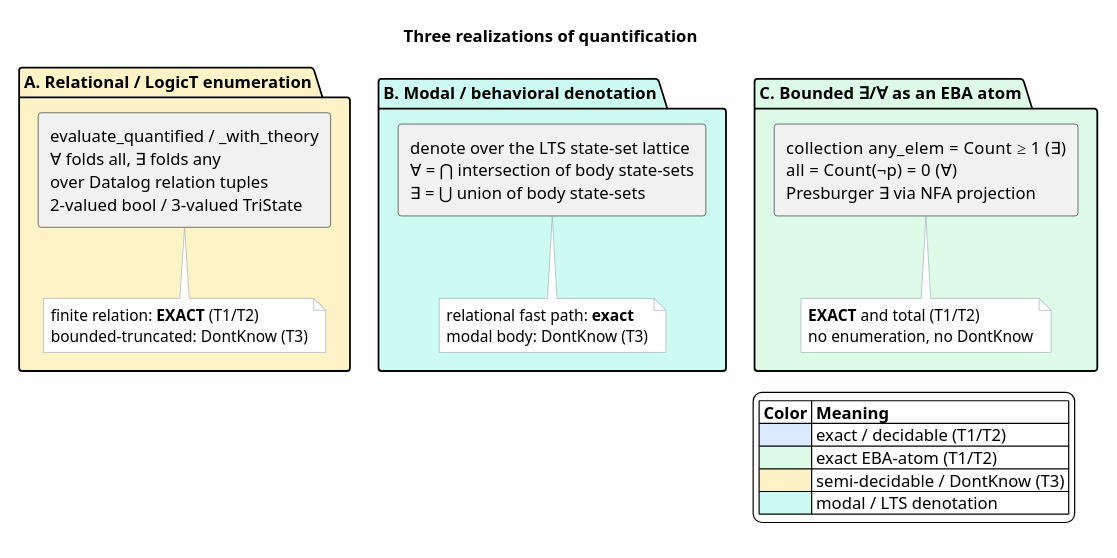
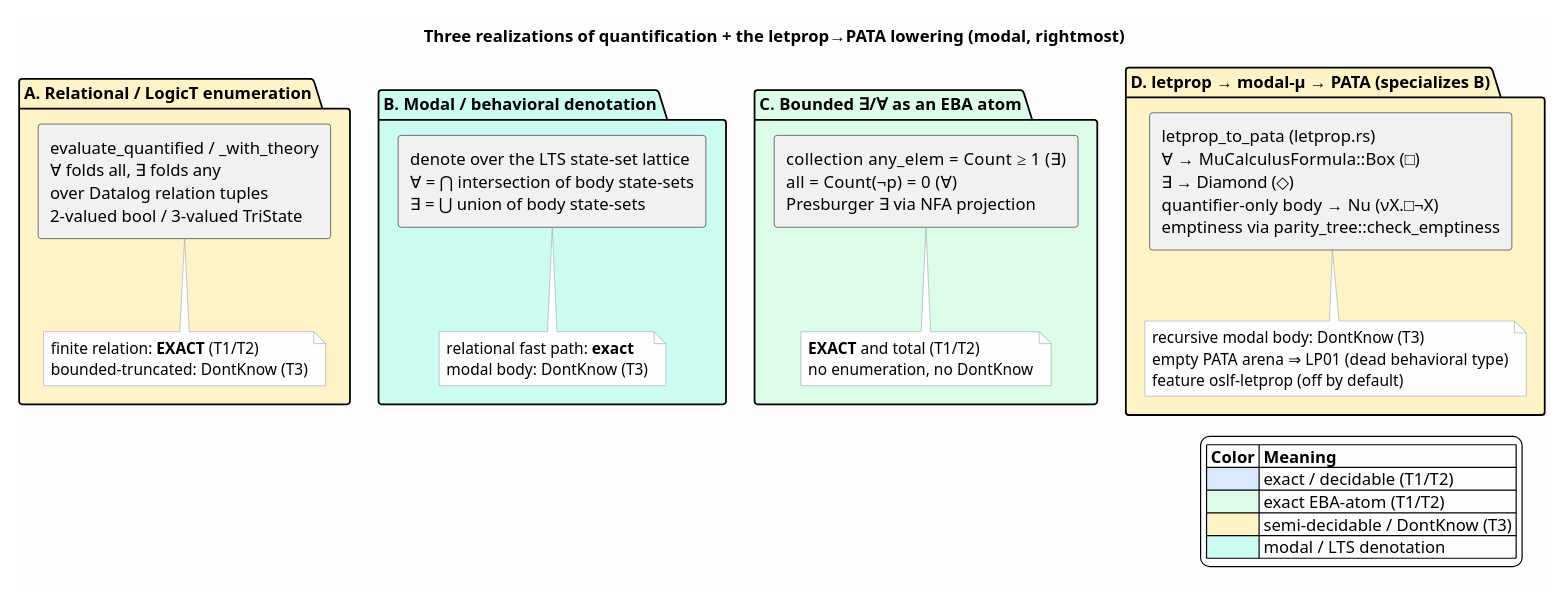
Before and after one commit to F1R3FLY-io/mettail-rust: the diagram in docs/architecture/semantic-predicates/figures/14-three-realizations.puml, drawn with PlantUML. The commit also changed 23 other files, not shown here.

```diff
--- a/docs/architecture/semantic-predicates/figures/14-three-realizations.puml
+++ b/docs/architecture/semantic-predicates/figures/14-three-realizations.puml
@@ -1,46 +1,56 @@
 @startuml
 skinparam backgroundColor #FEFEFE
 skinparam shadowing false
 skinparam ArrowColor #374151
 skinparam componentStyle rectangle
 skinparam NoteBackgroundColor #FEFEFE
 skinparam NoteBorderColor #9CA3AF
 
-title Three realizations of quantification
+title Three realizations of quantification + the letprop→PATA lowering (modal, rightmost)
 
 package "A. Relational / LogicT enumeration" #FEF3C7 {
   component "evaluate_quantified / _with_theory\n∀ folds all, ∃ folds any\nover Datalog relation tuples\n2-valued bool / 3-valued TriState" as A
   note bottom of A
     finite relation: **EXACT** (T1/T2)
     bounded-truncated: DontKnow (T3)
   end note
 }
 
 package "B. Modal / behavioral denotation" #CCFBF1 {
   component "denote over the LTS state-set lattice\n∀ = ⋂ intersection of body state-sets\n∃ = ⋃ union of body state-sets" as B
   note bottom of B
     relational fast path: **exact**
     modal body: DontKnow (T3)
   end note
 }
 
 package "C. Bounded ∃/∀ as an EBA atom" #DCFCE7 {
   component "collection any_elem = Count ≥ 1  (∃)\nall = Count(¬p) = 0  (∀)\nPresburger ∃ via NFA projection" as C
   note bottom of C
     **EXACT** and total (T1/T2)
     no enumeration, no DontKnow
   end note
 }
 
+package "D. letprop → modal-μ → PATA (specializes B)" #FEF3C7 {
+  component "letprop_to_pata (letprop.rs)\n∀ → MuCalculusFormula::Box (□)\n∃ → Diamond (◇)\nquantifier-only body → Nu (νX.□¬X)\nemptiness via parity_tree::check_emptiness" as D
+  note bottom of D
+    recursive modal body: DontKnow (T3)
+    empty PATA arena ⇒ LP01 (dead behavioral type)
+    feature oslf-letprop (off by default)
+  end note
+}
+
 A -[hidden]right- B
 B -[hidden]right- C
+C -[hidden]right- D
 
 legend right
   |= Color |= Meaning |
   |<#DBEAFE>   | exact / decidable (T1/T2) |
   |<#DCFCE7>   | exact EBA-atom (T1/T2) |
   |<#FEF3C7>   | semi-decidable / DontKnow (T3) |
   |<#CCFBF1>   | modal / LTS denotation |
 endlegend
 
 @enduml
```
